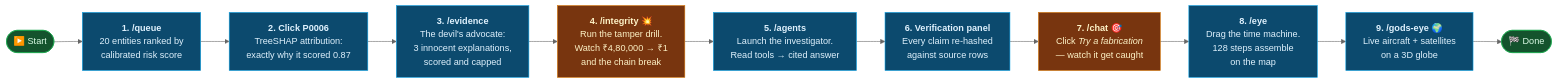
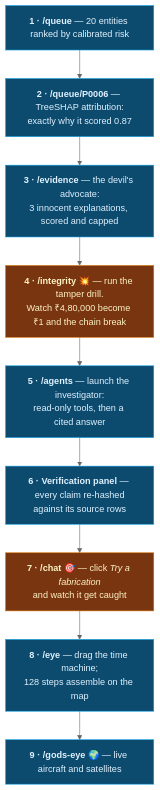
One commit to rakeshselvaraj0108/TLN changed the second of 15 diagrams in README.md. Above: the diagram before and after it, drawn with Mermaid (neutral theme). The commit also changed other lines of this file, not shown here.

First line of the commit message:
Rebuild the README diagrams to be readable at GitHub's column width

````diff
--- a/README.md
+++ b/README.md
@@ -126,20 +126,19 @@
 ```mermaid
-flowchart LR
-    S(["▶️ Start"]) --> A["<b>1. /queue</b><br/>20 entities ranked by<br/>calibrated risk score"]
-    A --> B["<b>2. Click P0006</b><br/>TreeSHAP attribution:<br/>exactly why it scored 0.87"]
-    B --> C["<b>3. /evidence</b><br/>The devil's advocate:<br/>3 innocent explanations,<br/>scored and capped"]
-    C --> D["<b>4. /integrity</b> 💥<br/>Run the tamper drill.<br/>Watch ₹4,80,000 → ₹1<br/>and the chain break"]
-    D --> E["<b>5. /agents</b><br/>Launch the investigator.<br/>Read tools → cited answer"]
-    E --> F["<b>6. Verification panel</b><br/>Every claim re-hashed<br/>against source rows"]
-    F --> G["<b>7. /chat</b> 🎯<br/>Click <i>Try a fabrication</i><br/>— watch it get caught"]
-    G --> H["<b>8. /eye</b><br/>Drag the time machine.<br/>128 steps assemble<br/>on the map"]
-    H --> I["<b>9. /gods-eye</b> 🌍<br/>Live aircraft + satellites<br/>on a 3D globe"]
-    I --> Z(["🏁 Done"])
+flowchart TB
+    A["<b>1 · /queue</b> — 20 entities ranked by calibrated risk"]
+    B["<b>2 · /queue/P0006</b> — TreeSHAP attribution:<br/>exactly why it scored 0.87"]
+    C["<b>3 · /evidence</b> — the devil's advocate:<br/>3 innocent explanations, scored and capped"]
+    D["<b>4 · /integrity</b> 💥 — run the tamper drill.<br/>Watch ₹4,80,000 become ₹1 and the chain break"]
+    E["<b>5 · /agents</b> — launch the investigator:<br/>read-only tools, then a cited answer"]
+    F["<b>6 · Verification panel</b> — every claim re-hashed<br/>against its source rows"]
+    G["<b>7 · /chat</b> 🎯 — click <i>Try a fabrication</i><br/>and watch it get caught"]
+    H["<b>8 · /eye</b> — drag the time machine;<br/>128 steps assemble on the map"]
+    I["<b>9 · /gods-eye</b> 🌍 — live aircraft and satellites"]
+
+    A --> B --> C --> D --> E --> F --> G --> H --> I
 
     classDef step fill:#0c4a6e,stroke:#0ea5e9,color:#e0f2fe
     classDef hero fill:#78350f,stroke:#d97706,color:#fef3c7
-    classDef ends fill:#14532d,stroke:#16a34a,color:#dcfce7
     class A,B,C,E,F,H,I step
     class D,G hero
-    class S,Z ends
 ```
````
